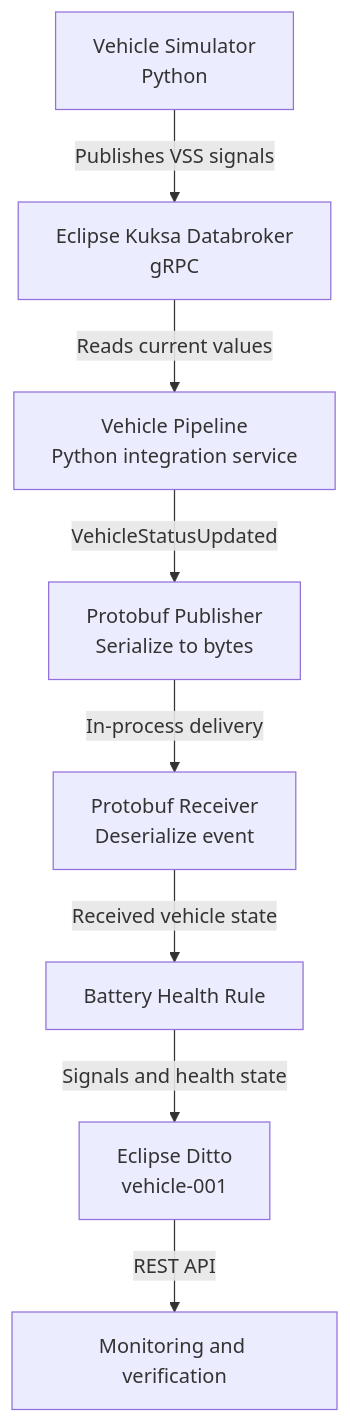
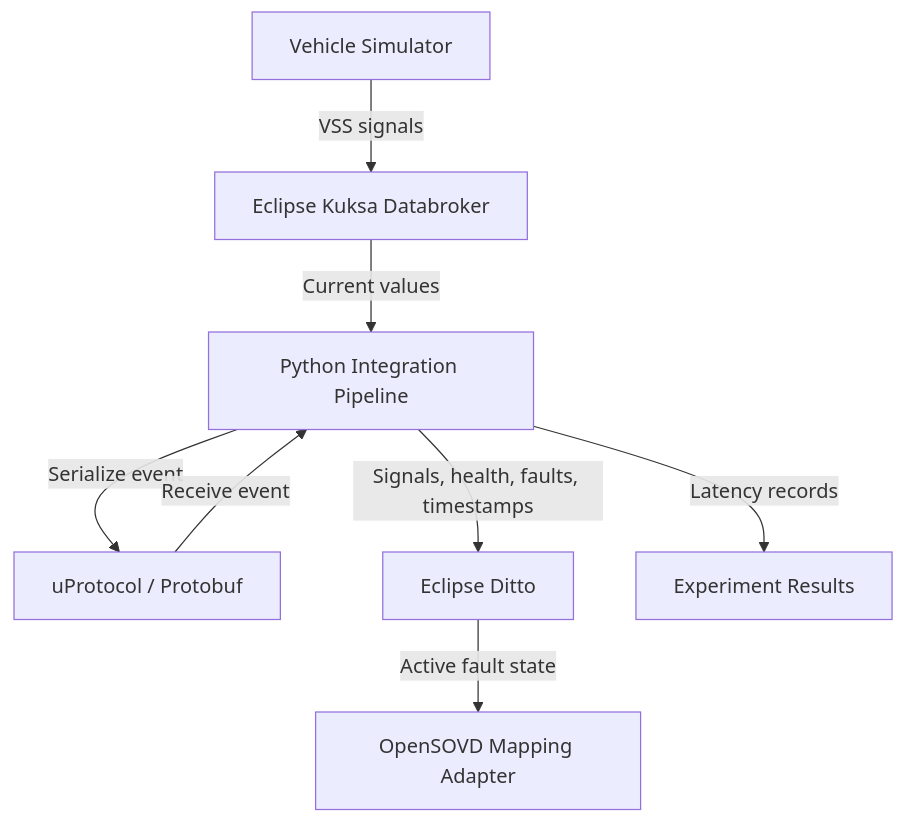
The diagram in README.md (ankit-suman-07/QA-SDV-Project), drawn with Mermaid before and after one commit. The commit also changed other lines of this file and 2 other files, not shown here.

````diff
--- a/README.md
+++ b/README.md
@@ -25,10 +33,10 @@
 ```mermaid
 flowchart TD
-    A["Vehicle Simulator<br/>Python"] -->|"Publishes VSS signals"| B["Eclipse Kuksa Databroker<br/>gRPC"]
-    B -->|"Reads current values"| C["Vehicle Pipeline<br/>Python integration service"]
-    C -->|"VehicleStatusUpdated"| D["Protobuf Publisher<br/>Serialize to bytes"]
-    D -->|"In-process delivery"| E["Protobuf Receiver<br/>Deserialize event"]
-    E -->|"Received vehicle state"| F["Battery Health Rule"]
-    F -->|"Signals and health state"| G["Eclipse Ditto<br/>vehicle-001"]
-    G -->|"REST API"| H["Monitoring and verification"]
+    A["Vehicle Simulator"] -->|"VSS signals"| B["Eclipse Kuksa Databroker"]
+    B -->|"Current values"| C["Python Integration Pipeline"]
+    C -->|"Serialize event"| D["uProtocol / Protobuf"]
+    D -->|"Receive event"| C
+    C -->|"Signals, health, faults, timestamps"| E["Eclipse Ditto"]
+    E -->|"Active fault state"| F["OpenSOVD Mapping Adapter"]
+    C -->|"Latency records"| G["Experiment Results"]
 ```
````
